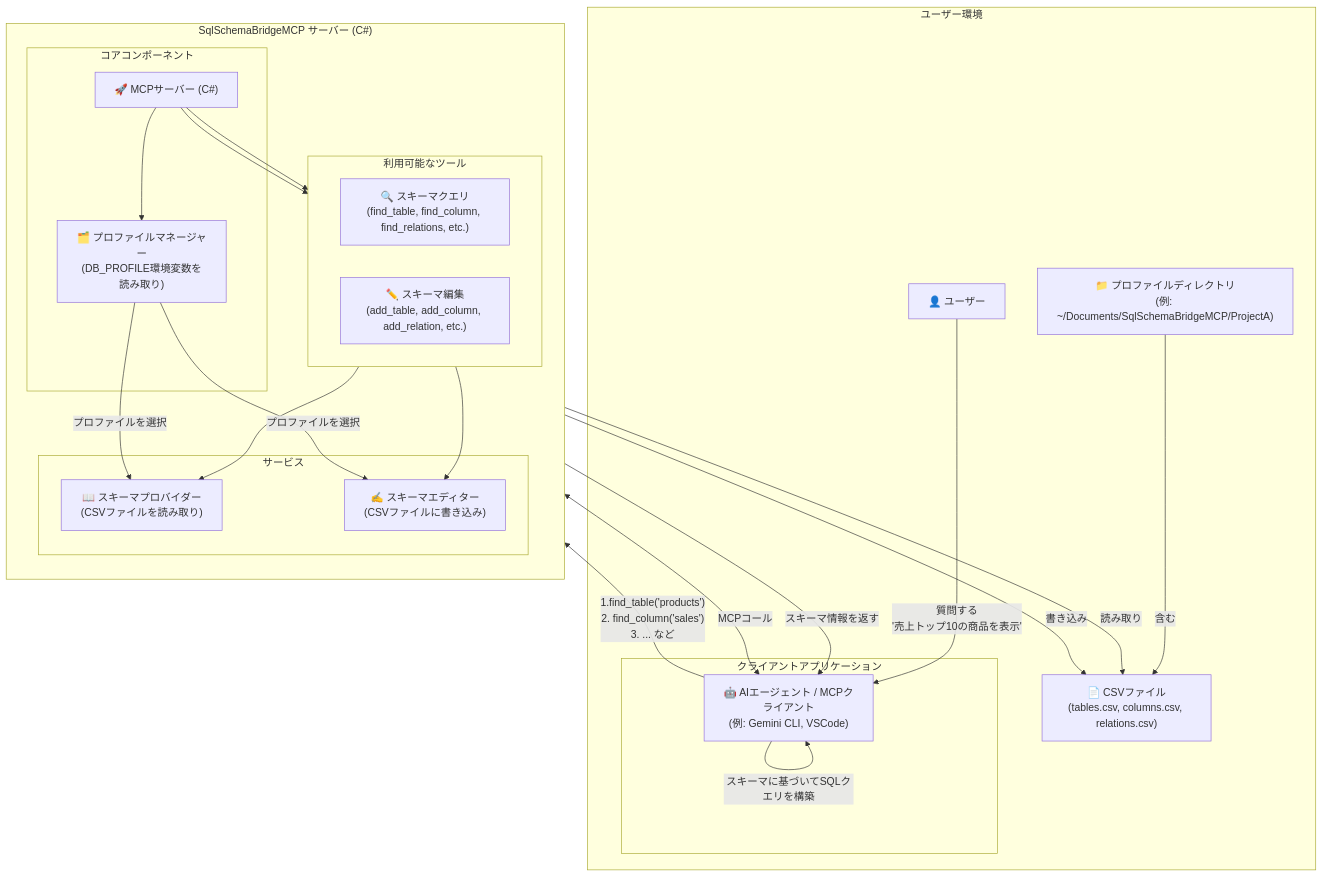
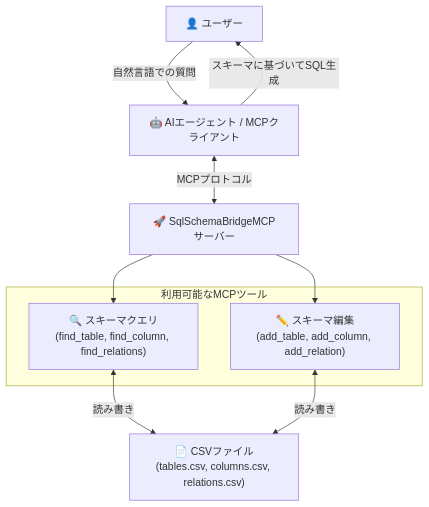
The first of 2 diagrams in README.ja.md (yt3trees/SqlSchemaBridgeMCP), drawn with Mermaid before and after one commit. The commit also changed 1 other file, not shown here.

Commit message:
docs: Simplify architecture diagram in README files
Simplified the Mermaid diagram to be more abstract and easier to understand by:
- Removing ProfileManager and internal service details
- Creating a cleaner flow with User -> Agent -> Server -> Tools -> CSV Files
- Using more natural language descriptions for user interactions

🤖 Generated with [Claude Code](https://claude.ai/code)

````diff
--- a/README.ja.md
+++ b/README.ja.md
@@ -5,58 +5,21 @@
 ```mermaid
 graph TB
-    subgraph "ユーザー環境"
-        User["👤 ユーザー"]
-        ProfileDir["📁 プロファイルディレクトリ<br/>(例: ~/Documents/SqlSchemaBridgeMCP/ProjectA)"]
-        CSVs["📄 CSVファイル<br/>(tables.csv, columns.csv, relations.csv)"]
+    User["👤 ユーザー"]
+    Agent["🤖 AIエージェント / MCPクライアント"]
+    Server["🚀 SqlSchemaBridgeMCPサーバー"]
+    CSVFiles["📄 CSVファイル<br/>(tables.csv, columns.csv, relations.csv)"]
 
-        subgraph "クライアントアプリケーション"
-            Agent["🤖 AIエージェント / MCPクライアント<br/>(例: Gemini CLI, VSCode)"]
-        end
+    subgraph "利用可能なMCPツール"
+        QueryTools["🔍 スキーマクエリ<br/>(find_table, find_column, find_relations)"]
+        EditTools["✏️ スキーマ編集<br/>(add_table, add_column, add_relation)"]
     end
 
-
-    subgraph "SqlSchemaBridgeMCP サーバー (C#)"
-        direction TB
-
-        subgraph "コアコンポーネント"
-            Server["🚀 MCPサーバー (C#)"]
-            ProfileManager["🗂️ プロファイルマネージャー<br/>(DB_PROFILE環境変数を読み取り)"]
-        end
-
-        subgraph "サービス"
-            SchemaProvider["📖 スキーマプロバイダー<br/>(CSVファイルを読み取り)"]
-            SchemaEditor["✍️ スキーマエディター<br/>(CSVファイルに書き込み)"]
-        end
-
-        subgraph "利用可能なツール"
-            direction LR
-            QueryTools["🔍 スキーマクエリ<br/>(find_table, find_column, find_relations, etc.)"]
-            EditTools["✏️ スキーマ編集<br/>(add_table, add_column, add_relation, etc.)"]
-        end
-    end
-
-    %% データフロー
-    User -->|"質問する<br/>'売上トップ10の商品を表示'"| Agent
-    ProfileDir -->|含む| CSVs
-
-    %% クライアント-サーバー通信
-    Agent <-->|"MCPコール"| Server
-
-    %% サーバー内部フロー
-    Server --> ProfileManager
-    ProfileManager -->|"プロファイルを選択"| SchemaProvider
-    ProfileManager -->|"プロファイルを選択"| SchemaEditor
-
-    SchemaProvider -->|"読み取り"| CSVs
-    SchemaEditor -->|"書き込み"| CSVs
-
+    %% メインフロー
+    User -->|"自然言語での質問"| Agent
+    Agent <-->|"MCPプロトコル"| Server
     Server --> QueryTools
     Server --> EditTools
-    QueryTools --> SchemaProvider
-    EditTools --> SchemaEditor
-
-    %% エージェントがクエリを構築
-    Agent -->|"1.find_table('products')<br/>2. find_column('sales')<br/>3. ... など"| QueryTools
-    QueryTools -->|"スキーマ情報を返す"| Agent
-    Agent -->|"スキーマに基づいてSQLクエリを構築"| Agent
+    QueryTools <-->|"読み書き"| CSVFiles
+    EditTools <-->|"読み書き"| CSVFiles
+    Agent -->|"スキーマに基づいてSQL生成"| User
 ```
````
